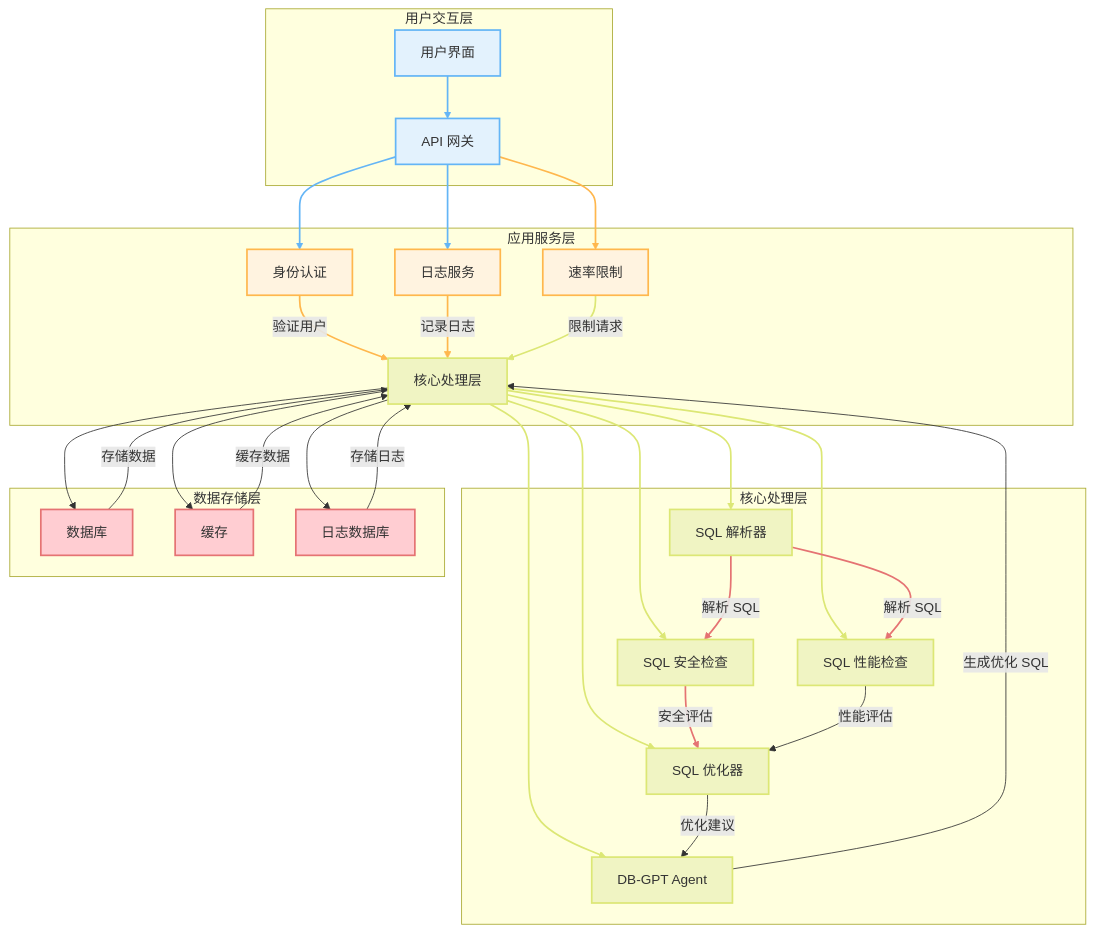
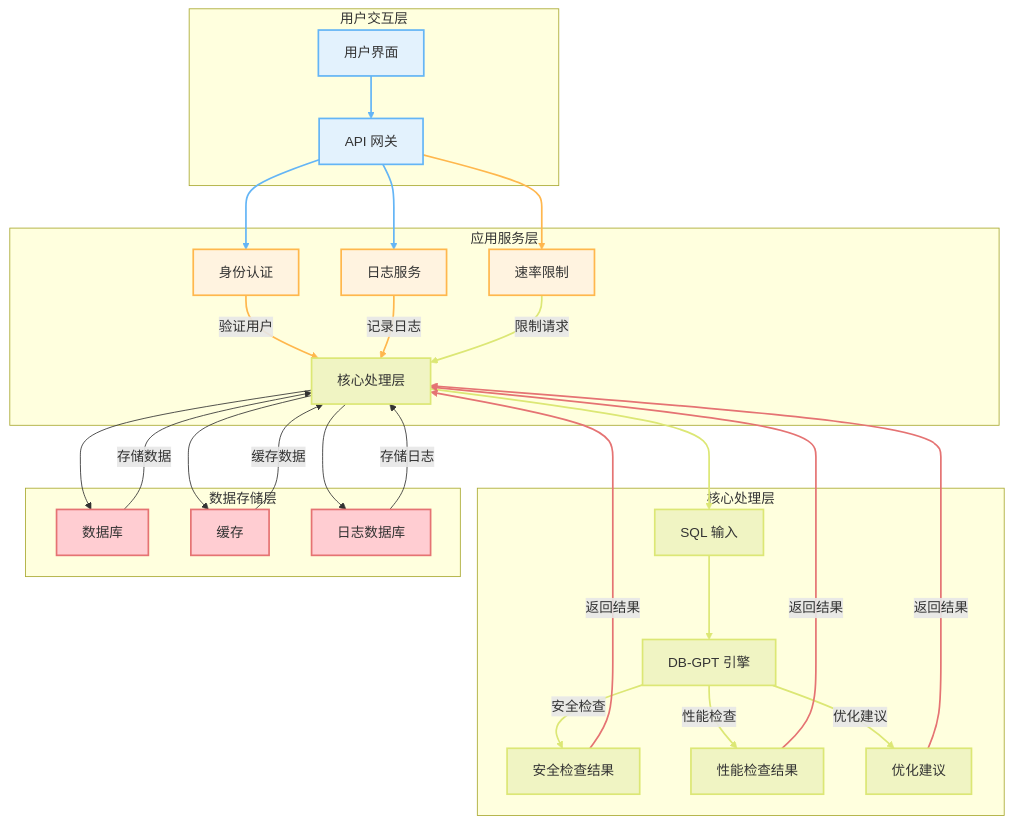
Before and after one commit to zhoudaozhuihou/sql-mp: the diagram in architecture.mmd, drawn with Mermaid.

```diff
--- a/architecture.mmd
+++ b/architecture.mmd
@@ -1,78 +1,75 @@
 graph TD
     %% 定义样式
     classDef default fill:#f9f9f9,stroke:#333,stroke-width:2px;
     classDef userLayer fill:#e3f2fd,stroke:#64b5f6;
     classDef appLayer fill:#fff3e0,stroke:#ffb74d;
     classDef coreLayer fill:#f0f4c3,stroke:#dce775;
     classDef dataLayer fill:#ffcdd2,stroke:#e57373;
 
     %% 用户交互层
     subgraph 用户交互层
         UI[用户界面] --> API[API 网关]
         style UI fill:#e3f2fd,stroke:#64b5f6;
         style API fill:#e3f2fd,stroke:#64b5f6;
     end
 
     %% 应用服务层
     subgraph 应用服务层
         API --> Auth[身份认证]
         API --> Logging[日志服务]
         API --> RateLimit[速率限制]
         Auth -->|验证用户| Core[核心处理层]
         Logging -->|记录日志| Core
         RateLimit -->|限制请求| Core
         style Auth fill:#fff3e0,stroke:#ffb74d;
         style Logging fill:#fff3e0,stroke:#ffb74d;
         style RateLimit fill:#fff3e0,stroke:#ffb74d;
     end
 
     %% 核心处理层
     subgraph 核心处理层
-        Core --> SQLParser[SQL 解析器]
-        Core --> SecurityCheck[SQL 安全检查]
-        Core --> PerformanceCheck[SQL 性能检查]
-        Core --> Optimizer[SQL 优化器]
-        Core --> GPTAgent[DB-GPT Agent]
-        SQLParser -->|解析 SQL| SecurityCheck
-        SQLParser -->|解析 SQL| PerformanceCheck
-        SecurityCheck -->|安全评估| Optimizer
-        PerformanceCheck -->|性能评估| Optimizer
-        Optimizer -->|优化建议| GPTAgent
-        GPTAgent -->|生成优化 SQL| Core
+        Core --> SQLInput[SQL 输入]
+        SQLInput --> DBGPT[DB-GPT 引擎]
+        DBGPT -->|安全检查| SecurityResult[安全检查结果]
+        DBGPT -->|性能检查| PerformanceResult[性能检查结果]
+        DBGPT -->|优化建议| OptimizationResult[优化建议]
+        SecurityResult -->|返回结果| Core
+        PerformanceResult -->|返回结果| Core
+        OptimizationResult -->|返回结果| Core
         style Core fill:#f0f4c3,stroke:#dce775;
-        style SQLParser fill:#f0f4c3,stroke:#dce775;
-        style SecurityCheck fill:#f0f4c3,stroke:#dce775;
-        style PerformanceCheck fill:#f0f4c3,stroke:#dce775;
-        style Optimizer fill:#f0f4c3,stroke:#dce775;
-        style GPTAgent fill:#f0f4c3,stroke:#dce775;
+        style SQLInput fill:#f0f4c3,stroke:#dce775;
+        style DBGPT fill:#f0f4c3,stroke:#dce775;
+        style SecurityResult fill:#f0f4c3,stroke:#dce775;
+        style PerformanceResult fill:#f0f4c3,stroke:#dce775;
+        style OptimizationResult fill:#f0f4c3,stroke:#dce775;
     end
 
     %% 数据存储层
     subgraph 数据存储层
         Core --> DB[数据库]
         Core --> Cache[缓存]
         Core --> LogDB[日志数据库]
         DB -->|存储数据| Core
         Cache -->|缓存数据| Core
         LogDB -->|存储日志| Core
         style DB fill:#ffcdd2,stroke:#e57373;
         style Cache fill:#ffcdd2,stroke:#e57373;
         style LogDB fill:#ffcdd2,stroke:#e57373;
     end
 
     %% 美化
     linkStyle 0 stroke:#64b5f6,stroke-width:2px;
     linkStyle 1 stroke:#64b5f6,stroke-width:2px;
     linkStyle 2 stroke:#64b5f6,stroke-width:2px;
     linkStyle 3 stroke:#ffb74d,stroke-width:2px;
     linkStyle 4 stroke:#ffb74d,stroke-width:2px;
     linkStyle 5 stroke:#ffb74d,stroke-width:2px;
     linkStyle 6 stroke:#dce775,stroke-width:2px;
     linkStyle 7 stroke:#dce775,stroke-width:2px;
     linkStyle 8 stroke:#dce775,stroke-width:2px;
     linkStyle 9 stroke:#dce775,stroke-width:2px;
     linkStyle 10 stroke:#dce775,stroke-width:2px;
     linkStyle 11 stroke:#dce775,stroke-width:2px;
     linkStyle 12 stroke:#e57373,stroke-width:2px;
     linkStyle 13 stroke:#e57373,stroke-width:2px;
     linkStyle 14 stroke:#e57373,stroke-width:2px;
```
